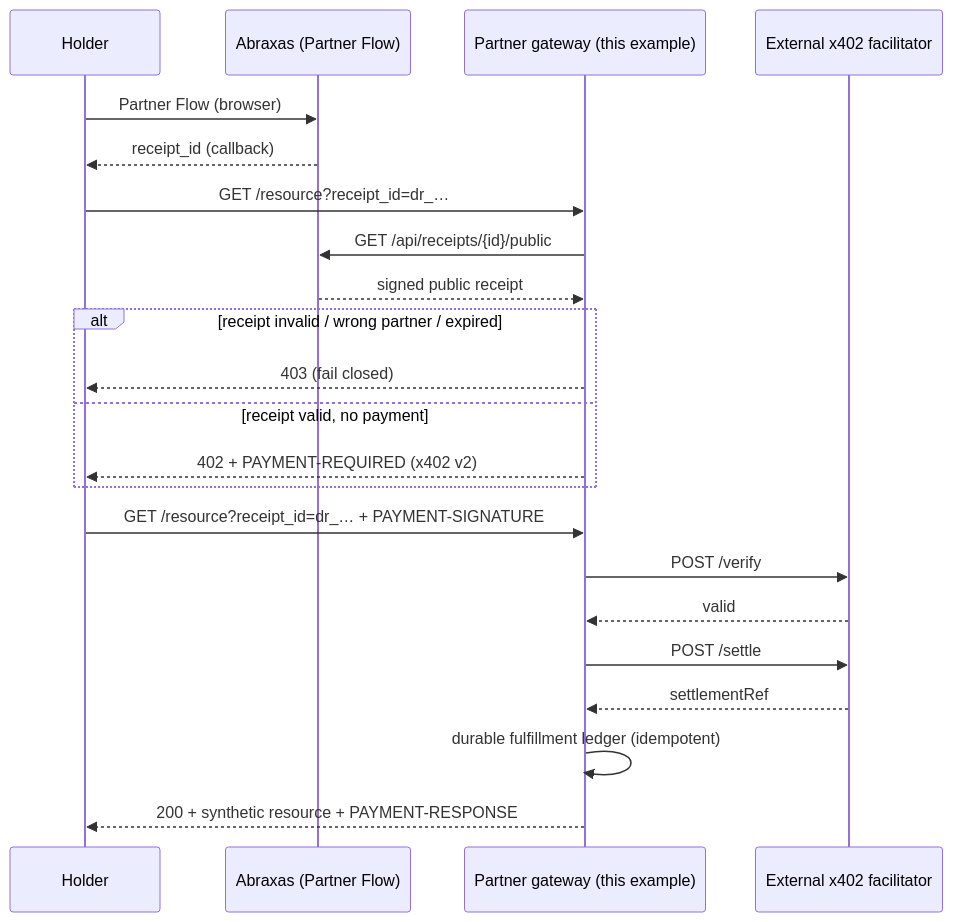
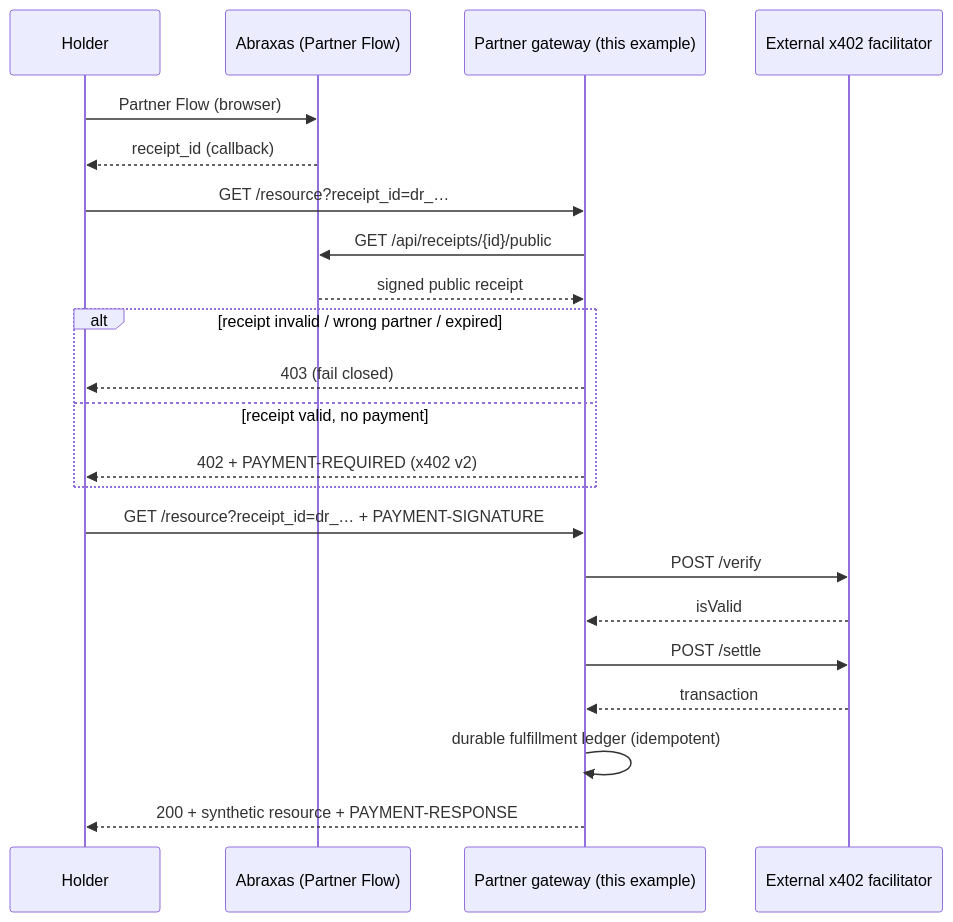
One commit to worldlabsprotocol-ux/abraxas-app changed the diagram in examples/x402-partner-flow-gateway/README.md. Above: the diagram before and after it, drawn with Mermaid. The commit also changed other lines of this file and 21 other files, not shown here.

````diff
--- a/examples/x402-partner-flow-gateway/README.md
+++ b/examples/x402-partner-flow-gateway/README.md
@@ -17,25 +32,25 @@
 ```mermaid
 sequenceDiagram
   participant Holder
   participant Abraxas as Abraxas (Partner Flow)
   participant Partner as Partner gateway (this example)
   participant Fac as External x402 facilitator
 
   Holder->>Abraxas: Partner Flow (browser)
   Abraxas-->>Holder: receipt_id (callback)
   Holder->>Partner: GET /resource?receipt_id=dr_…
   Partner->>Abraxas: GET /api/receipts/{id}/public
   Abraxas-->>Partner: signed public receipt
   alt receipt invalid / wrong partner / expired
     Partner-->>Holder: 403 (fail closed)
   else receipt valid, no payment
     Partner-->>Holder: 402 + PAYMENT-REQUIRED (x402 v2)
   end
   Holder->>Partner: GET /resource?receipt_id=dr_… + PAYMENT-SIGNATURE
   Partner->>Fac: POST /verify
-  Fac-->>Partner: valid
+  Fac-->>Partner: isValid
   Partner->>Fac: POST /settle
-  Fac-->>Partner: settlementRef
+  Fac-->>Partner: transaction
   Partner->>Partner: durable fulfillment ledger (idempotent)
   Partner-->>Holder: 200 + synthetic resource + PAYMENT-RESPONSE
 ```
````
